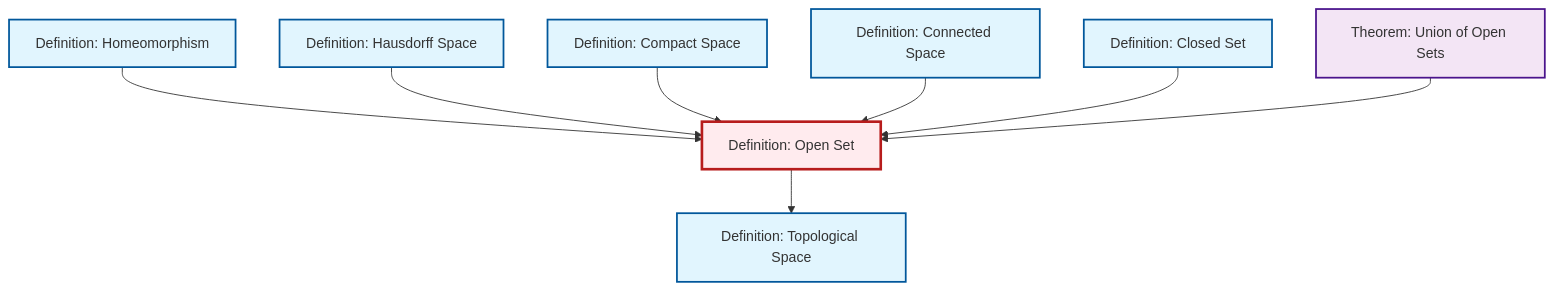
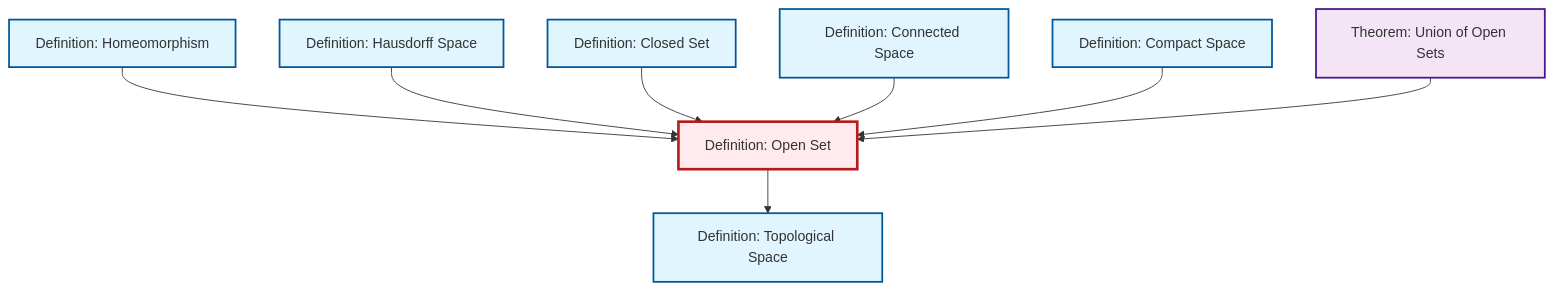
Before and after one commit to RK0429/ModernMath: the diagram in content/ja/topology/def-open-set.qmd, drawn with Mermaid. The commit also changed other lines of this file and 615 other files, not shown here.

````diff
--- a/content/ja/topology/def-open-set.qmd
+++ b/content/ja/topology/def-open-set.qmd
@@ -54,32 +54,32 @@
 ```{mermaid}
 %%| fig-cap: "Local dependency graph"
 graph TD
     classDef definition fill:#e1f5fe,stroke:#01579b,stroke-width:2px
     classDef theorem fill:#f3e5f5,stroke:#4a148c,stroke-width:2px
     classDef axiom fill:#fff3e0,stroke:#e65100,stroke-width:2px
     classDef example fill:#e8f5e9,stroke:#1b5e20,stroke-width:2px
     classDef current fill:#ffebee,stroke:#b71c1c,stroke-width:3px
+    def-closed-set["Definition: Closed Set"]:::definition
+    def-hausdorff["Definition: Hausdorff Space"]:::definition
     def-open-set["Definition: Open Set"]:::definition
+    thm-union-open-sets["Theorem: Union of Open Sets"]:::theorem
+    def-compact["Definition: Compact Space"]:::definition
+    def-connected["Definition: Connected Space"]:::definition
     def-homeomorphism["Definition: Homeomorphism"]:::definition
-    thm-union-open-sets["Theorem: Union of Open Sets"]:::theorem
-    def-connected["Definition: Connected Space"]:::definition
-    def-closed-set["Definition: Closed Set"]:::definition
     def-topological-space["Definition: Topological Space"]:::definition
-    def-hausdorff["Definition: Hausdorff Space"]:::definition
-    def-compact["Definition: Compact Space"]:::definition
     def-homeomorphism --> def-open-set
     def-hausdorff --> def-open-set
+    def-closed-set --> def-open-set
+    def-open-set --> def-topological-space
+    def-connected --> def-open-set
     def-compact --> def-open-set
-    def-connected --> def-open-set
-    def-open-set --> def-topological-space
-    def-closed-set --> def-open-set
     thm-union-open-sets --> def-open-set
     class def-open-set current
+    click def-closed-set "def-closed-set.html" "Definition: Closed Setへ"
+    click def-hausdorff "def-hausdorff.html" "Definition: Hausdorff Spaceへ"
+    click thm-union-open-sets "thm-union-open-sets.html" "Theorem: Union of Open Setsへ"
+    click def-compact "def-compact.html" "Definition: Compact Spaceへ"
+    click def-connected "def-connected.html" "Definition: Connected Spaceへ"
     click def-homeomorphism "def-homeomorphism.html" "Definition: Homeomorphismへ"
-    click thm-union-open-sets "thm-union-open-sets.html" "Theorem: Union of Open Setsへ"
-    click def-connected "def-connected.html" "Definition: Connected Spaceへ"
-    click def-closed-set "def-closed-set.html" "Definition: Closed Setへ"
     click def-topological-space "def-topological-space.html" "Definition: Topological Spaceへ"
-    click def-hausdorff "def-hausdorff.html" "Definition: Hausdorff Spaceへ"
-    click def-compact "def-compact.html" "Definition: Compact Spaceへ"
 ```
````
